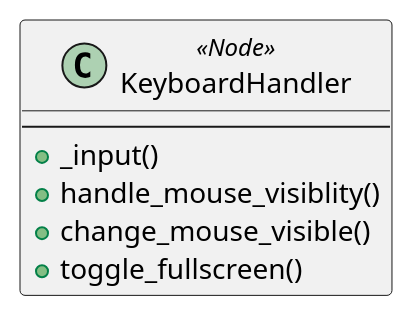
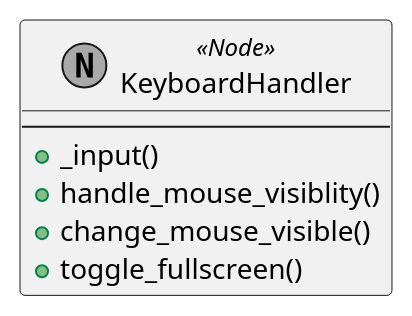
One commit to tkmfujise/Platformer-Game-Learning changed the diagram in content/scenes/autoloads/keyboard_handler/keyboard_handler.tscn.adoc. Above: the diagram before and after it, drawn with PlantUML. The commit also changed 69 other files, not shown here.

Commit message:
Change scene diagram class color

```diff
--- a/content/scenes/autoloads/keyboard_handler/keyboard_handler.tscn.adoc
+++ b/content/scenes/autoloads/keyboard_handler/keyboard_handler.tscn.adoc
@@ -9,12 +9,12 @@
 [plantuml]
 ....
-class ROOT as "KeyboardHandler" <<Node>> {
+class ROOT as "KeyboardHandler" <<(N,darkgray) Node>> {
 ---
   + _input()
   + handle_mouse_visiblity()
   + change_mouse_visible()
   + toggle_fullscreen()
 }
 left to right direction
 
 ....
```
